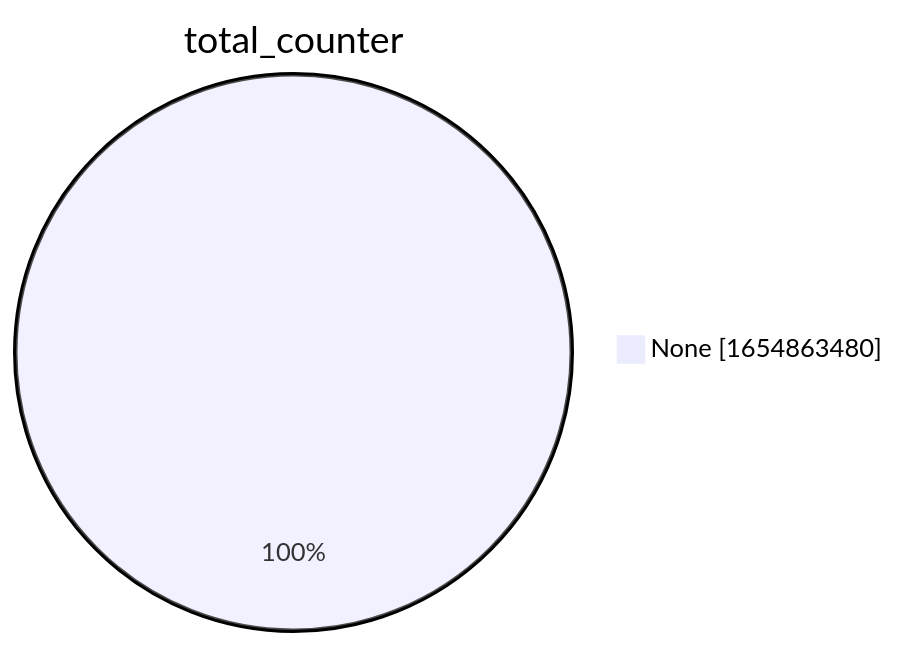
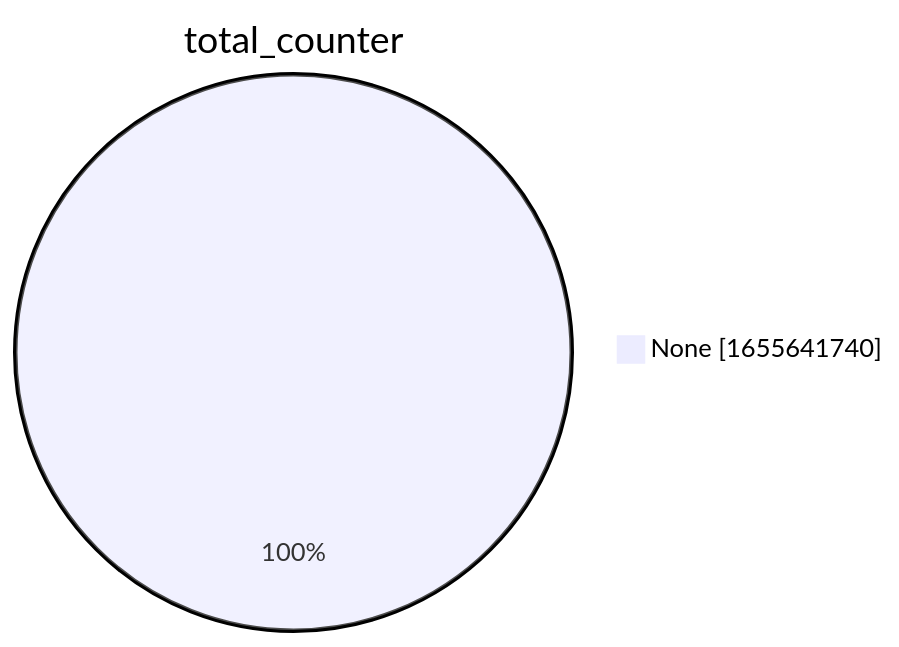
The second of 15 diagrams in xenon2022/README.md (christiankrug/ctmonitor_visualization), drawn with Mermaid before and after one commit. The commit also changed other lines of this file, not shown here.

````diff
--- a/xenon2022/README.md
+++ b/xenon2022/README.md
@@ -9,5 +9,5 @@
 ```mermaid
 pie showData
 title total_counter
-"None" :1654863480
+"None" :1655641740
 ```
````
